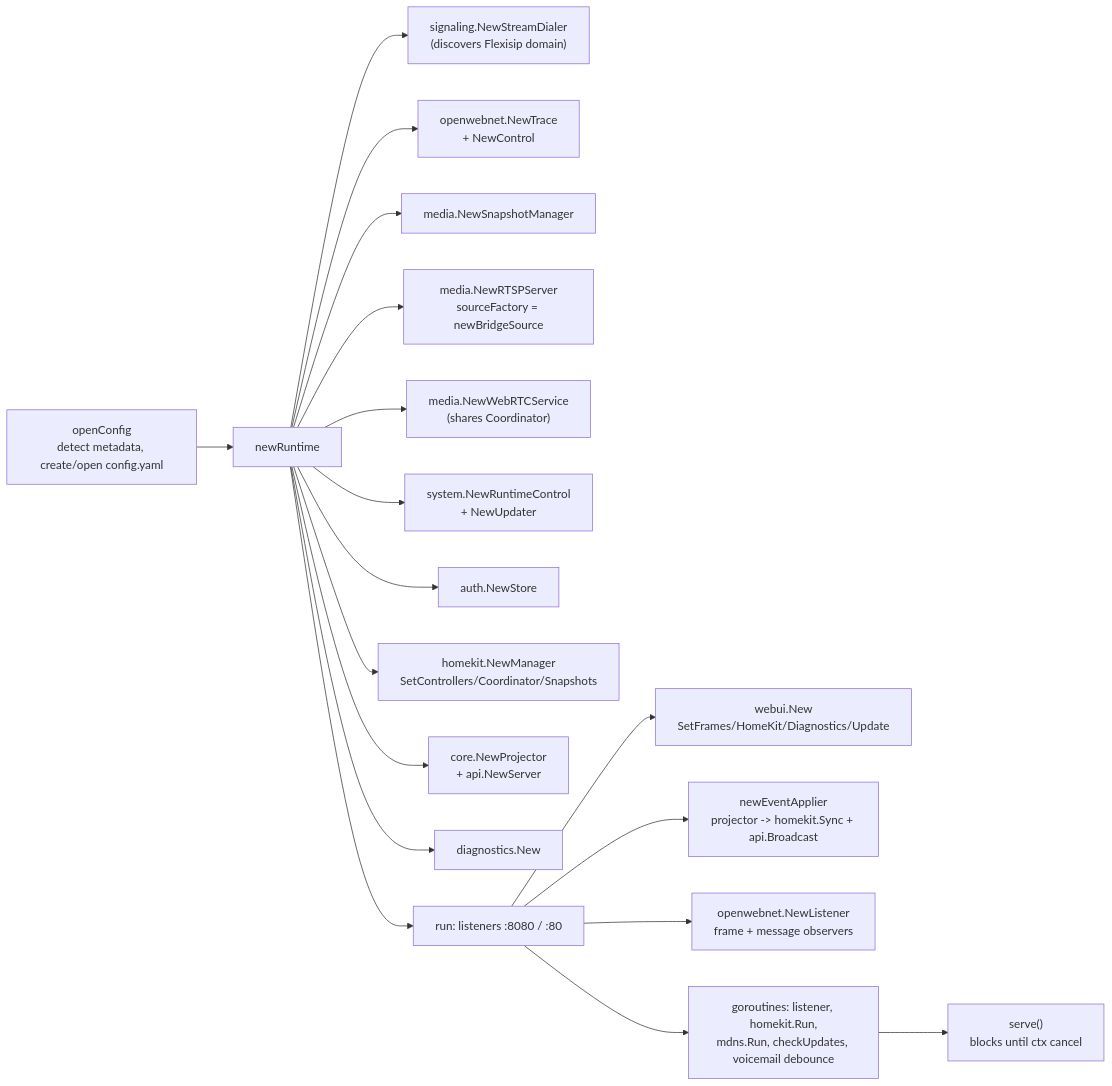
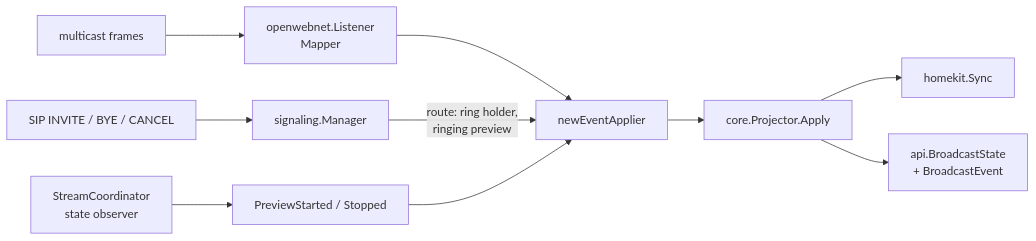
One commit to abeilprincipino/BTicino-GO-Companion changed the third of 4 diagrams in docs/architecture.md. Above: the diagram before and after it, drawn with Mermaid. The commit also changed other lines of this file and 1 other file, not shown here.

Commit message:
docs: add CLAUDE.md and rewrite the architecture overview

````diff
--- a/docs/architecture.md
+++ b/docs/architecture.md
@@ -156,21 +172,13 @@
 ```mermaid
 graph LR
-    A["openConfig<br/>detect metadata, create/open config.yaml"] --> B["newRuntime"]
-    B --> B1["signaling.NewStreamDialer<br/>(discovers Flexisip domain)"]
-    B --> B2["openwebnet.NewTrace<br/>+ NewControl"]
-    B --> B3["media.NewSnapshotManager"]
-    B --> B4["media.NewRTSPServer<br/>sourceFactory = newBridgeSource"]
-    B --> B5["media.NewWebRTCService<br/>(shares Coordinator)"]
-    B --> B6["system.NewRuntimeControl<br/>+ NewUpdater"]
-    B --> B7["auth.NewStore"]
-    B --> B8["homekit.NewManager<br/>SetControllers/Coordinator/Snapshots"]
-    B --> B9["core.NewProjector<br/>+ api.NewServer"]
-    B --> B10["diagnostics.New"]
+    BUS["multicast frames"] --> L["openwebnet.Listener<br/>Mapper"]
+    SIPIN["SIP INVITE / BYE / CANCEL"] --> M["signaling.Manager"]
+    COORD["StreamCoordinator<br/>state observer"] --> PREV["PreviewStarted / Stopped"]
 
-    B --> C["run: listeners :8080 / :80"]
-    C --> C1["webui.New<br/>SetFrames/HomeKit/Diagnostics/Update"]
-    C --> C2["newEventApplier<br/>projector -> homekit.Sync + api.Broadcast"]
-    C --> C3["openwebnet.NewListener<br/>frame + message observers"]
-    C --> C4["goroutines: listener, homekit.Run,<br/>mdns.Run, checkUpdates, voicemail debounce"]
-    C4 --> D["serve()<br/>blocks until ctx cancel"]
+    L --> APPLY
+    M -->|"route: ring holder,<br/>ringing preview"| APPLY
+    PREV --> APPLY
+    APPLY["newEventApplier"] --> P["core.Projector.Apply"]
+    P --> HK["homekit.Sync"]
+    P --> WS["api.BroadcastState<br/>+ BroadcastEvent"]
 ```
````
